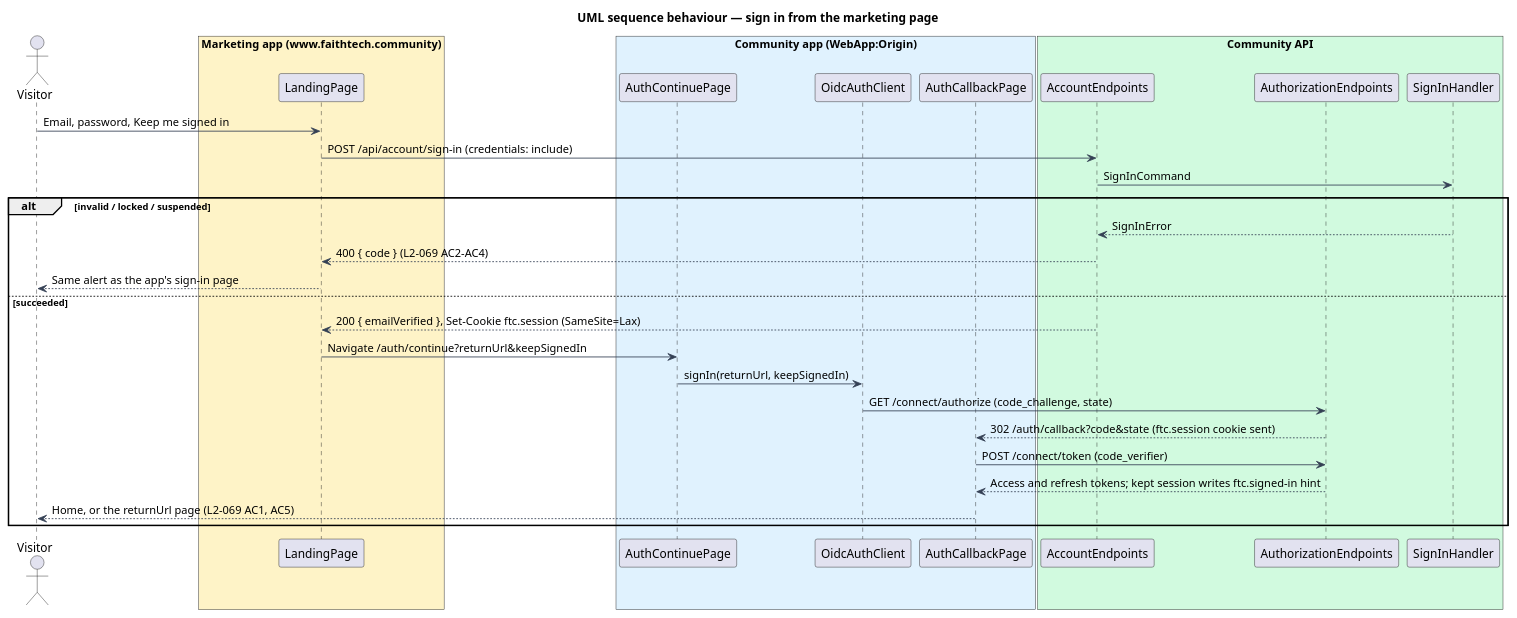
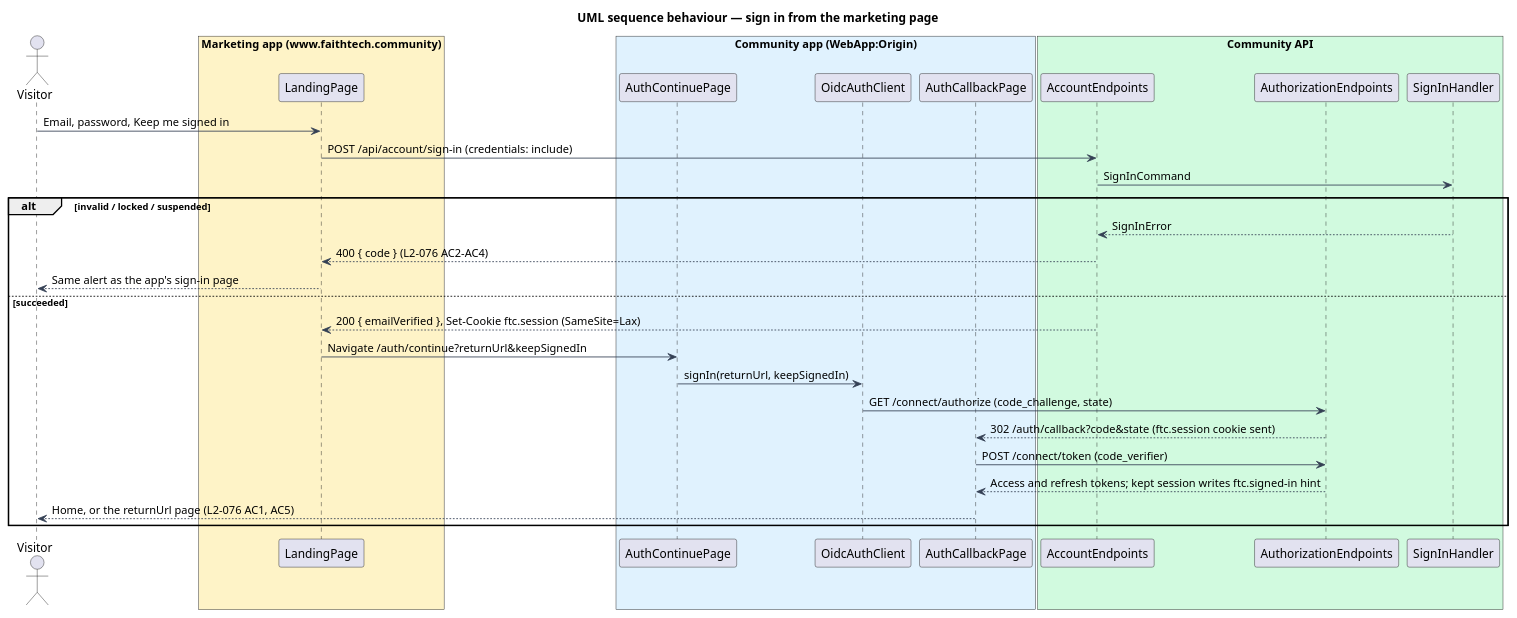
The diagram in docs/detailed-designs/marketing/landing-page/diagrams/sequence-sign-in.puml (QuinntyneBrown/faithtech-community), drawn with PlantUML before and after one commit. The commit also changed 72 other files, not shown here.

```diff
--- a/docs/detailed-designs/marketing/landing-page/diagrams/sequence-sign-in.puml
+++ b/docs/detailed-designs/marketing/landing-page/diagrams/sequence-sign-in.puml
@@ -1,38 +1,38 @@
 @startuml
 title UML sequence behaviour — sign in from the marketing page
 skinparam backgroundColor #FFFFFF
 skinparam shadowing false
 skinparam defaultFontName Arial
 skinparam ArrowColor #344054
 actor "Visitor" as actor
 box "Marketing app (www.faithtech.community)" #FEF3C7
   participant "LandingPage" as page
 end box
 box "Community app (WebApp:Origin)" #E0F2FE
   participant "AuthContinuePage" as cont
   participant "OidcAuthClient" as client
   participant "AuthCallbackPage" as cb
 end box
 box "Community API" #D1FADF
   participant "AccountEndpoints" as acc
   participant "AuthorizationEndpoints" as authz
   participant "SignInHandler" as h
 end box
 actor -> page : Email, password, Keep me signed in
 page -> acc : POST /api/account/sign-in (credentials: include)
 acc -> h : SignInCommand
 alt invalid / locked / suspended
   h --> acc : SignInError
-  acc --> page : 400 { code } (L2-069 AC2-AC4)
+  acc --> page : 400 { code } (L2-076 AC2-AC4)
   page --> actor : Same alert as the app's sign-in page
 else succeeded
   acc --> page : 200 { emailVerified }, Set-Cookie ftc.session (SameSite=Lax)
   page -> cont : Navigate /auth/continue?returnUrl&keepSignedIn
   cont -> client : signIn(returnUrl, keepSignedIn)
   client -> authz : GET /connect/authorize (code_challenge, state)
   authz --> cb : 302 /auth/callback?code&state (ftc.session cookie sent)
   cb -> authz : POST /connect/token (code_verifier)
   authz --> cb : Access and refresh tokens; kept session writes ftc.signed-in hint
-  cb --> actor : Home, or the returnUrl page (L2-069 AC1, AC5)
+  cb --> actor : Home, or the returnUrl page (L2-076 AC1, AC5)
 end
 @enduml
```
